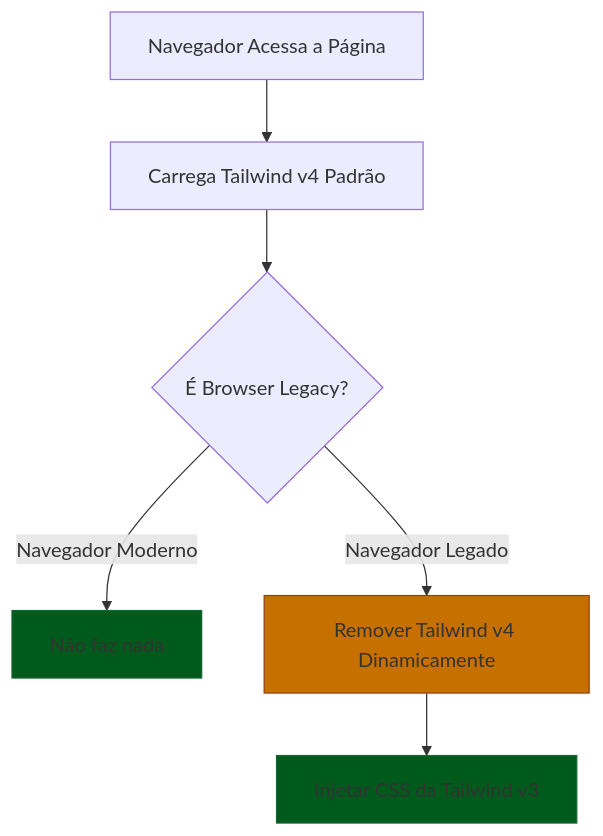
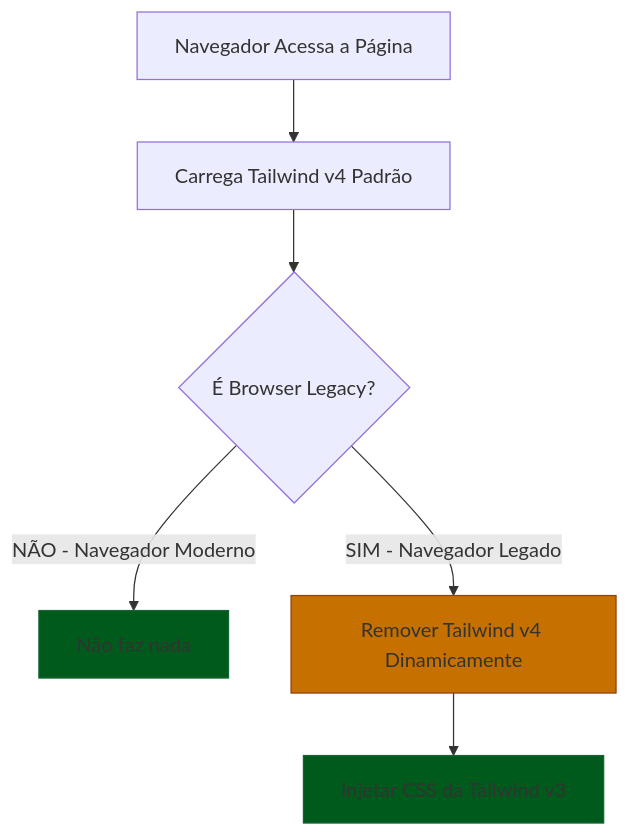
One commit to sapiyans/vite-plugin-tailwind-legacy changed the diagram in README-pt.md. Above: the diagram before and after it, drawn with Mermaid. The commit also changed other lines of this file and 1 other file, not shown here.

`````diff
--- a/README-pt.md
+++ b/README-pt.md
@@ -360,12 +360,12 @@
 ```mermaid
 graph TD
     A[Navegador Acessa a Página] --> B[Carrega Tailwind v4 Padrão]
     B --> C{É Browser Legacy?}
-    C -->|Navegador Moderno| D[Não faz nada]
-    C -->|Navegador Legado| E[Remover Tailwind v4 Dinamicamente]
+    C -->|NÃO - Navegador Moderno| D[Não faz nada]
+    C -->|SIM - Navegador Legado| E[Remover Tailwind v4 Dinamicamente]
     E --> F[Injetar CSS da Tailwind v3]
 
     style D fill:#005a1c,stroke:#166534
   style F fill:#005a1c,stroke:#166534
     style E fill:#c67000,stroke:#92400e
 ````
`````
